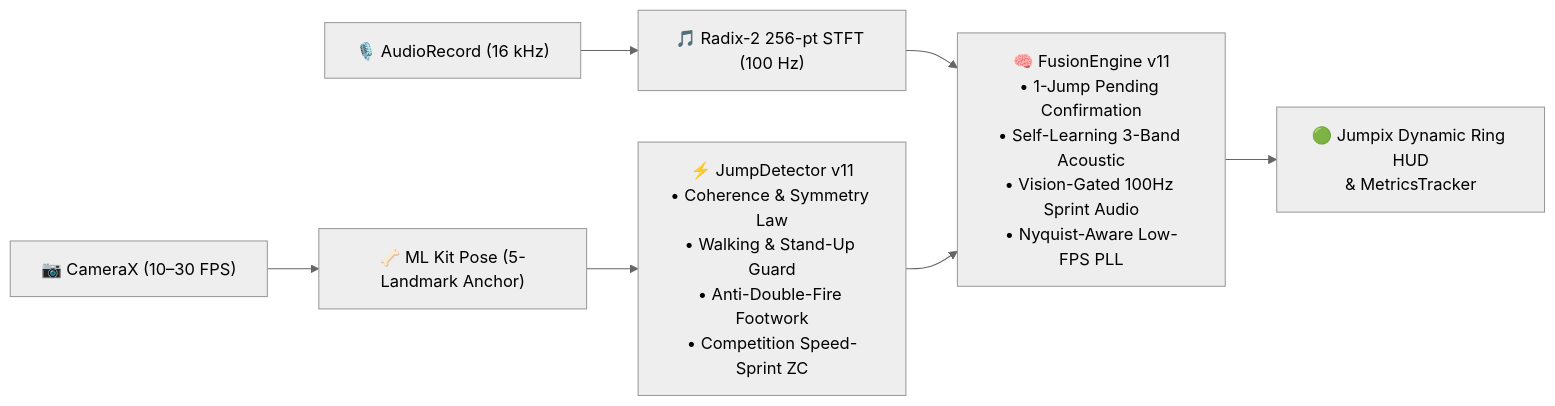
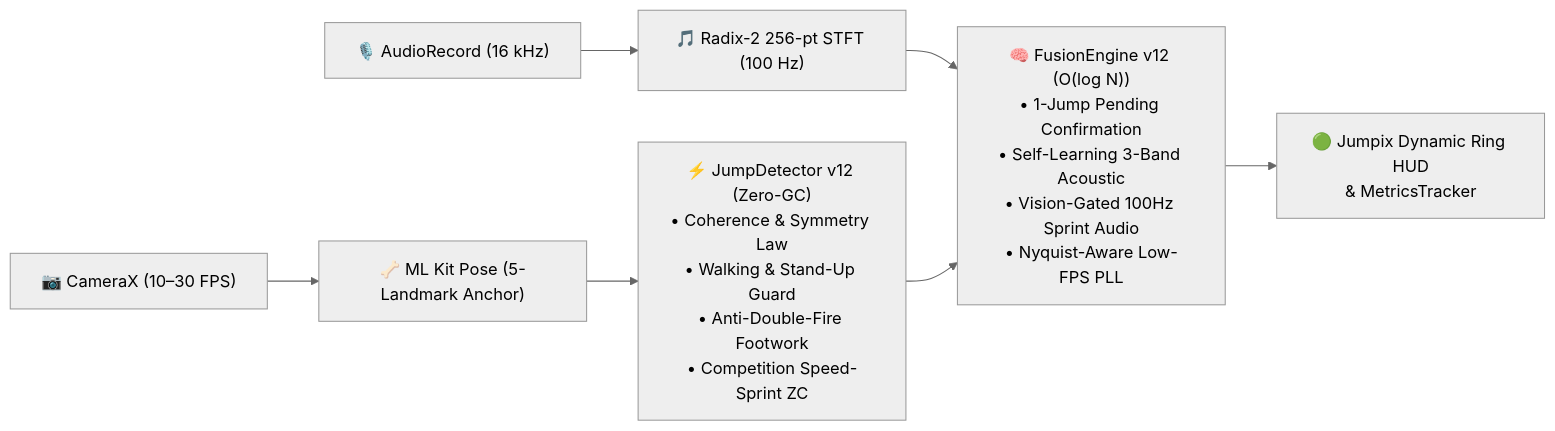
One commit to iganramdani/Jumpix changed the diagram in README.md. Above: the diagram before and after it, drawn with Mermaid (neutral theme). The commit also changed other lines of this file and 12 other files, not shown here.

````diff
--- a/README.md
+++ b/README.md
@@ -85,9 +85,9 @@
 ```mermaid
 flowchart LR
     CAM["📷 CameraX (10–30 FPS)"] --> ML["🦴 ML Kit Pose (5-Landmark Anchor)"]
     MIC["🎙️ AudioRecord (16 kHz)"] --> STFT["🎵 Radix-2 256-pt STFT (100 Hz)"]
-    ML --> JD["⚡ JumpDetector v11\n• Coherence & Symmetry Law\n• Walking & Stand-Up Guard\n• Anti-Double-Fire Footwork\n• Competition Speed-Sprint ZC"]
-    STFT --> FE["🧠 FusionEngine v11\n• 1-Jump Pending Confirmation\n• Self-Learning 3-Band Acoustic\n• Vision-Gated 100Hz Sprint Audio\n• Nyquist-Aware Low-FPS PLL"]
+    ML --> JD["⚡ JumpDetector v12 (Zero-GC)\n• Coherence & Symmetry Law\n• Walking & Stand-Up Guard\n• Anti-Double-Fire Footwork\n• Competition Speed-Sprint ZC"]
+    STFT --> FE["🧠 FusionEngine v12 (O(log N))\n• 1-Jump Pending Confirmation\n• Self-Learning 3-Band Acoustic\n• Vision-Gated 100Hz Sprint Audio\n• Nyquist-Aware Low-FPS PLL"]
     JD --> FE
     FE --> UI["🟢 Jumpix Dynamic Ring HUD\n& MetricsTracker"]
 ```
````
